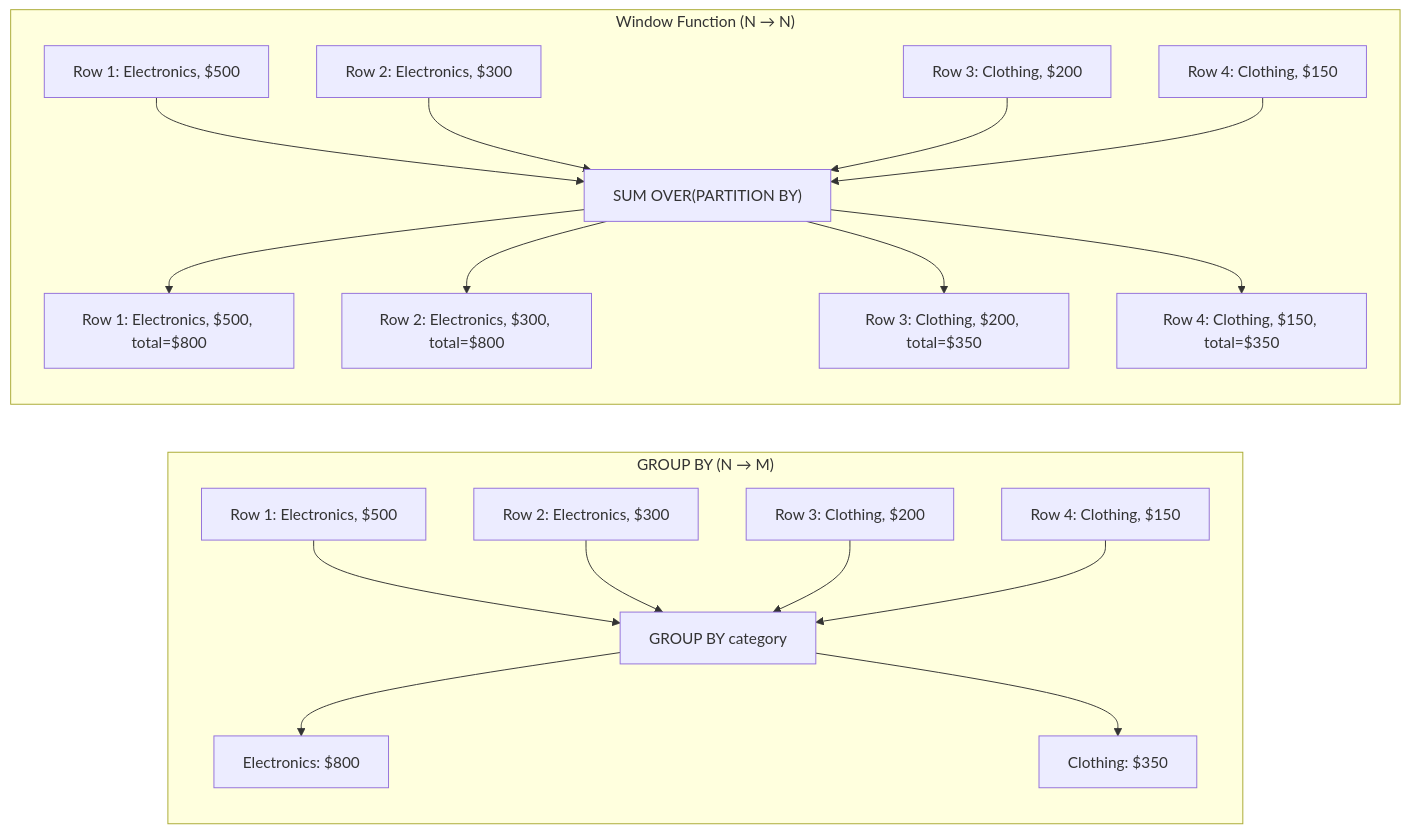
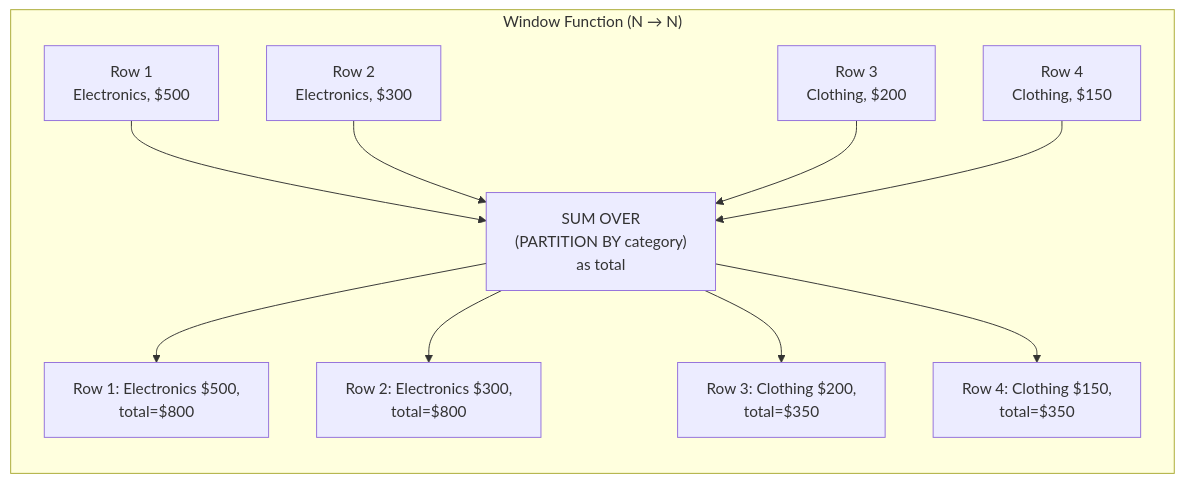
Before and after one commit to devomh/comp4098-2026: the second of 4 diagrams in week_07/w07_l13_concept_window_functions.md, drawn with Mermaid. The commit also changed other lines of this file and 2 other files, not shown here.

Commit message:
Lesson 13

````diff
--- a/week_07/w07_l13_concept_window_functions.md
+++ b/week_07/w07_l13_concept_window_functions.md
@@ -67,22 +79,13 @@
 ```mermaid
 graph LR
-    subgraph "GROUP BY (N → M)"
-        A1["Row 1: Electronics, $500"] --> G["GROUP BY category"]
-        A2["Row 2: Electronics, $300"] --> G
-        A3["Row 3: Clothing, $200"] --> G
-        A4["Row 4: Clothing, $150"] --> G
-        G --> R1["Electronics: $800"]
-        G --> R2["Clothing: $350"]
-    end
-
     subgraph "Window Function (N → N)"
-        B1["Row 1: Electronics, $500"] --> W["SUM OVER(PARTITION BY)"]
-        B2["Row 2: Electronics, $300"] --> W
-        B3["Row 3: Clothing, $200"] --> W
-        B4["Row 4: Clothing, $150"] --> W
-        W --> S1["Row 1: Electronics, $500, total=$800"]
-        W --> S2["Row 2: Electronics, $300, total=$800"]
-        W --> S3["Row 3: Clothing, $200, total=$350"]
-        W --> S4["Row 4: Clothing, $150, total=$350"]
+        B1["Row 1<br/>Electronics, $500"] --> W["SUM OVER <br/>(PARTITION BY category)<br/>as total"]
+        B2["Row 2<br/>Electronics, $300"] --> W
+        B3["Row 3<br/>Clothing, $200"] --> W
+        B4["Row 4<br/>Clothing, $150"] --> W
+        W --> S1["Row 1: Electronics $500,<br/> total=$800"]
+        W --> S2["Row 2: Electronics $300,<br/> total=$800"]
+        W --> S3["Row 3: Clothing $200,<br/> total=$350"]
+        W --> S4["Row 4: Clothing $150,<br/> total=$350"]
     end
 ```
````
